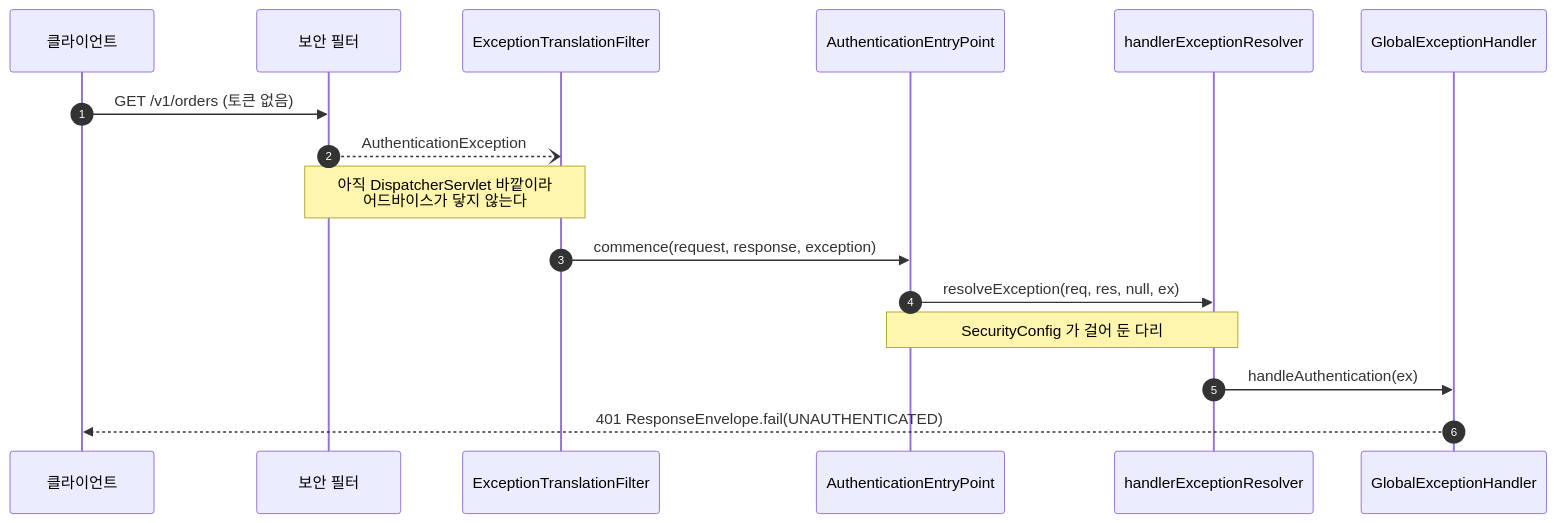
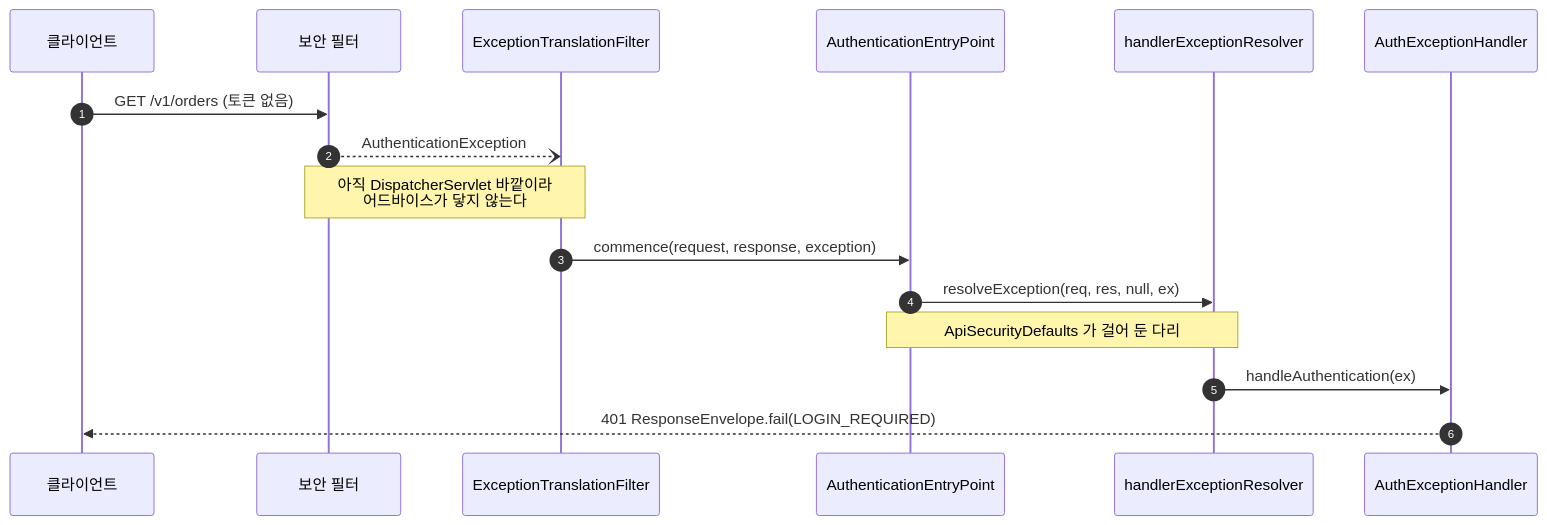
Before and after one commit to lunch-catch/lc-backend: the fifth of 6 diagrams in docs/code-convention/response-exception-flow.md, drawn with Mermaid. The commit also changed other lines of this file and 5 other files, not shown here.

````diff
--- a/docs/code-convention/response-exception-flow.md
+++ b/docs/code-convention/response-exception-flow.md
@@ -175,19 +177,19 @@
 ```mermaid
 sequenceDiagram
     autonumber
     participant C as 클라이언트
     participant F as 보안 필터
     participant ETF as ExceptionTranslationFilter
     participant EP as AuthenticationEntryPoint
     participant HER as handlerExceptionResolver
-    participant GEH as GlobalExceptionHandler
+    participant AEH as AuthExceptionHandler
 
     C->>F: GET /v1/orders (토큰 없음)
     F--)ETF: AuthenticationException
     Note over F,ETF: 아직 DispatcherServlet 바깥이라<br/>어드바이스가 닿지 않는다
     ETF->>EP: commence(request, response, exception)
     EP->>HER: resolveException(req, res, null, ex)
-    Note over EP,HER: SecurityConfig 가 걸어 둔 다리
-    HER->>GEH: handleAuthentication(ex)
-    GEH-->>C: 401 ResponseEnvelope.fail(UNAUTHENTICATED)
+    Note over EP,HER: ApiSecurityDefaults 가 걸어 둔 다리
+    HER->>AEH: handleAuthentication(ex)
+    AEH-->>C: 401 ResponseEnvelope.fail(LOGIN_REQUIRED)
 ```
````
